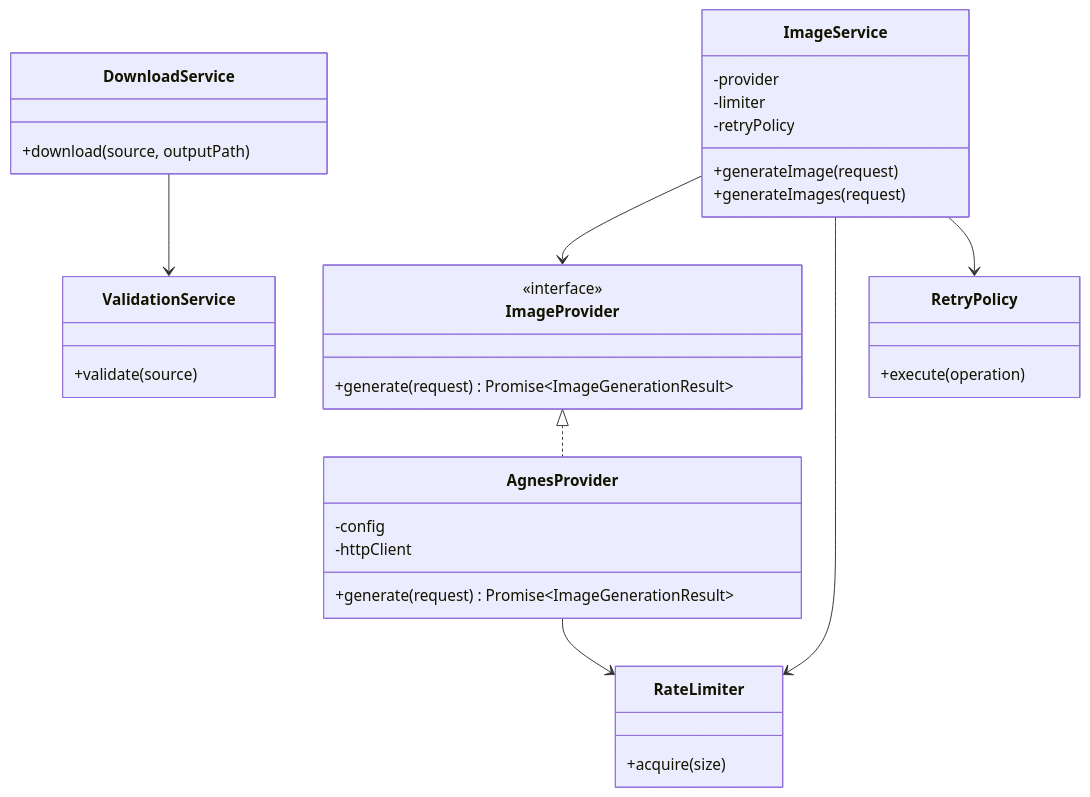
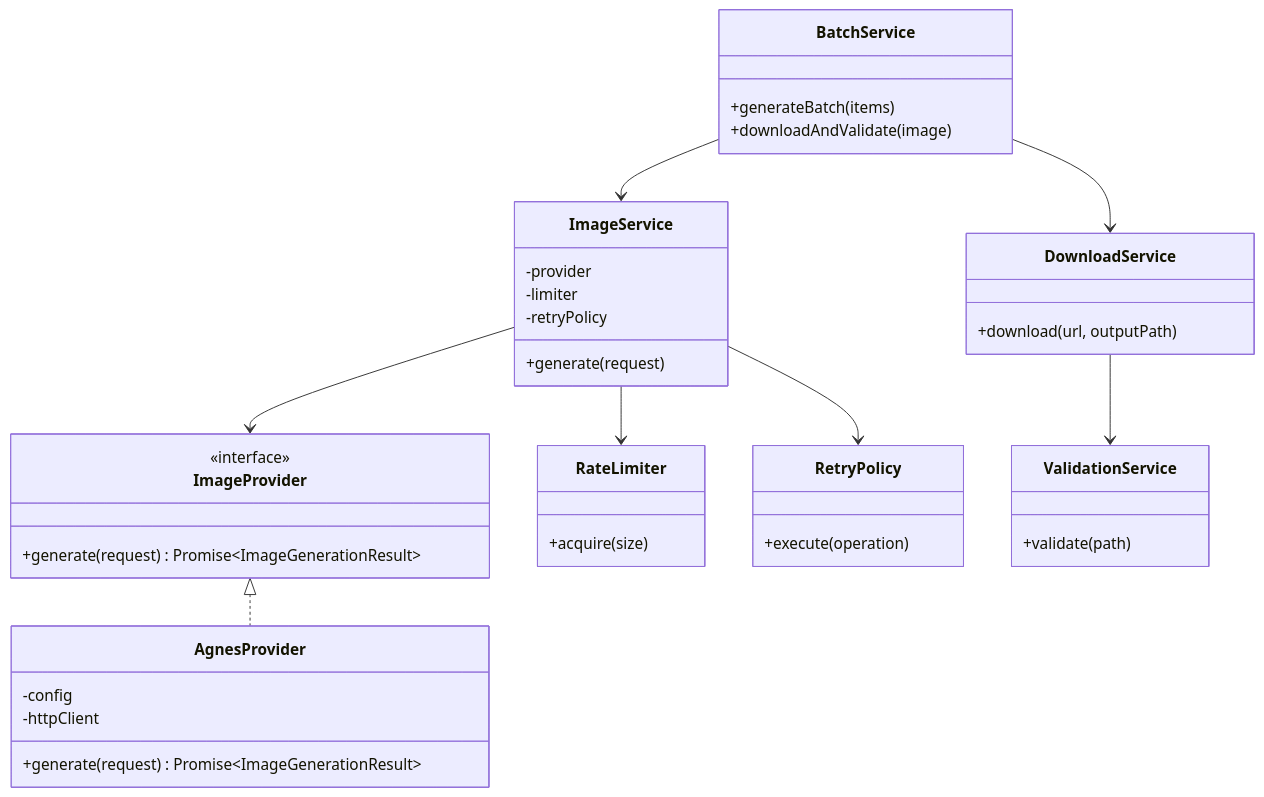
One commit to ybd0612/agnes-image-mcp changed the diagram in docs/class-diagram.mermaid. Above: the diagram before and after it, drawn with Mermaid. The commit also changed 16 other files, not shown here.

```diff
--- a/docs/class-diagram.mermaid
+++ b/docs/class-diagram.mermaid
@@ -1,35 +1,39 @@
 classDiagram
     class ImageProvider {
       <<interface>>
       +generate(request) Promise~ImageGenerationResult~
     }
     class AgnesProvider {
       -config
       -httpClient
       +generate(request) Promise~ImageGenerationResult~
     }
     class ImageService {
       -provider
       -limiter
       -retryPolicy
-      +generateImage(request)
-      +generateImages(request)
+      +generate(request)
+    }
+    class BatchService {
+      +generateBatch(items)
+      +downloadAndValidate(image)
     }
     class DownloadService {
-      +download(source, outputPath)
+      +download(url, outputPath)
     }
     class ValidationService {
-      +validate(source)
+      +validate(path)
     }
     class RateLimiter {
       +acquire(size)
     }
     class RetryPolicy {
       +execute(operation)
     }
     ImageProvider <|.. AgnesProvider
     ImageService --> ImageProvider
     ImageService --> RateLimiter
     ImageService --> RetryPolicy
+    BatchService --> ImageService
+    BatchService --> DownloadService
     DownloadService --> ValidationService
-    AgnesProvider --> RateLimiter
```
